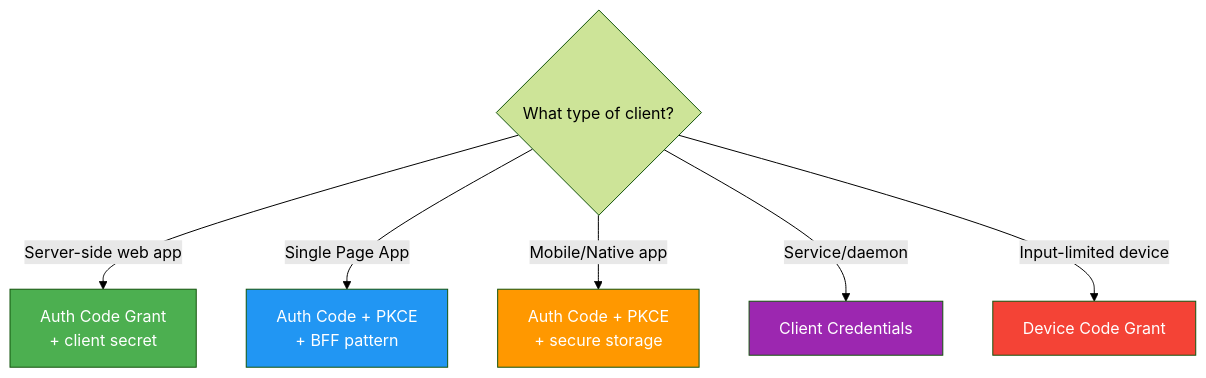
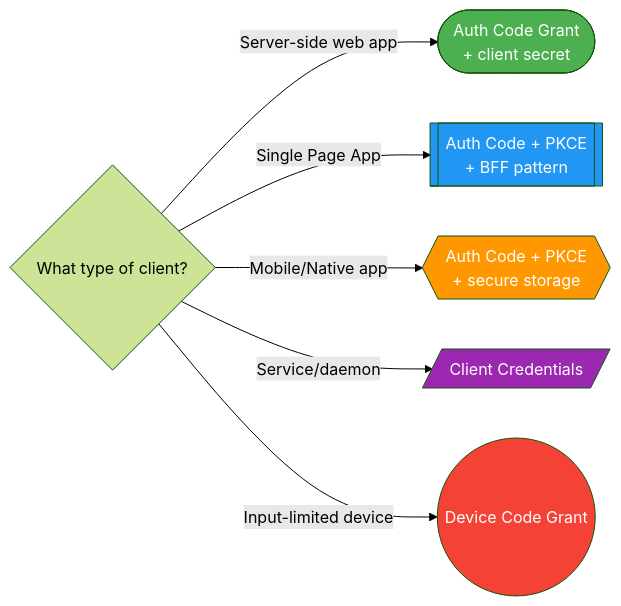
Before and after one commit to saivamsikaruturi/vamsilabs-dev-notes-main: the seventh of 7 diagrams in docs/security/Oauth.md, drawn with Mermaid (forest theme). The commit also changed other lines of this file and 146 other files, not shown here.

Commit message:
Horizontal diagrams, UML class diagrams, typography overhaul, and permalink cleanup

````diff
--- a/docs/security/Oauth.md
+++ b/docs/security/Oauth.md
@@ -510,15 +510,15 @@
 ```mermaid
-graph TB
+flowchart LR
     style WEB fill:#4CAF50,color:#fff
     style SPA fill:#2196F3,color:#fff
     style MOB fill:#FF9800,color:#fff
     style SVC fill:#9C27B0,color:#fff
     style DEV fill:#F44336,color:#fff
 
-    Q{What type of client?}
-    Q -->|Server-side web app| WEB[Auth Code Grant<br/>+ client secret]
-    Q -->|Single Page App| SPA[Auth Code + PKCE<br/>+ BFF pattern]
-    Q -->|Mobile/Native app| MOB[Auth Code + PKCE<br/>+ secure storage]
-    Q -->|Service/daemon| SVC[Client Credentials]
-    Q -->|Input-limited device| DEV[Device Code Grant]
+    Q{"What type of client?"}
+    Q -->|Server-side web app| WEB(["Auth Code Grant<br/>+ client secret"])
+    Q -->|Single Page App| SPA[["Auth Code + PKCE<br/>+ BFF pattern"]]
+    Q -->|Mobile/Native app| MOB{{"Auth Code + PKCE<br/>+ secure storage"}}
+    Q -->|Service/daemon| SVC[/"Client Credentials"/]
+    Q -->|Input-limited device| DEV(("Device Code Grant"))
 ```
````
